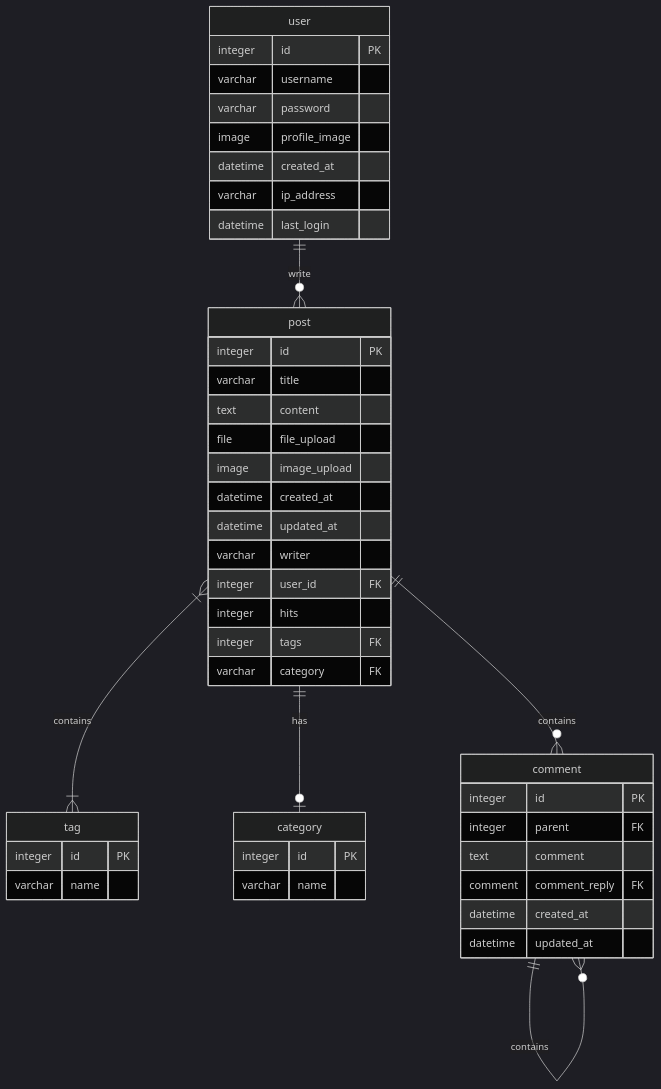
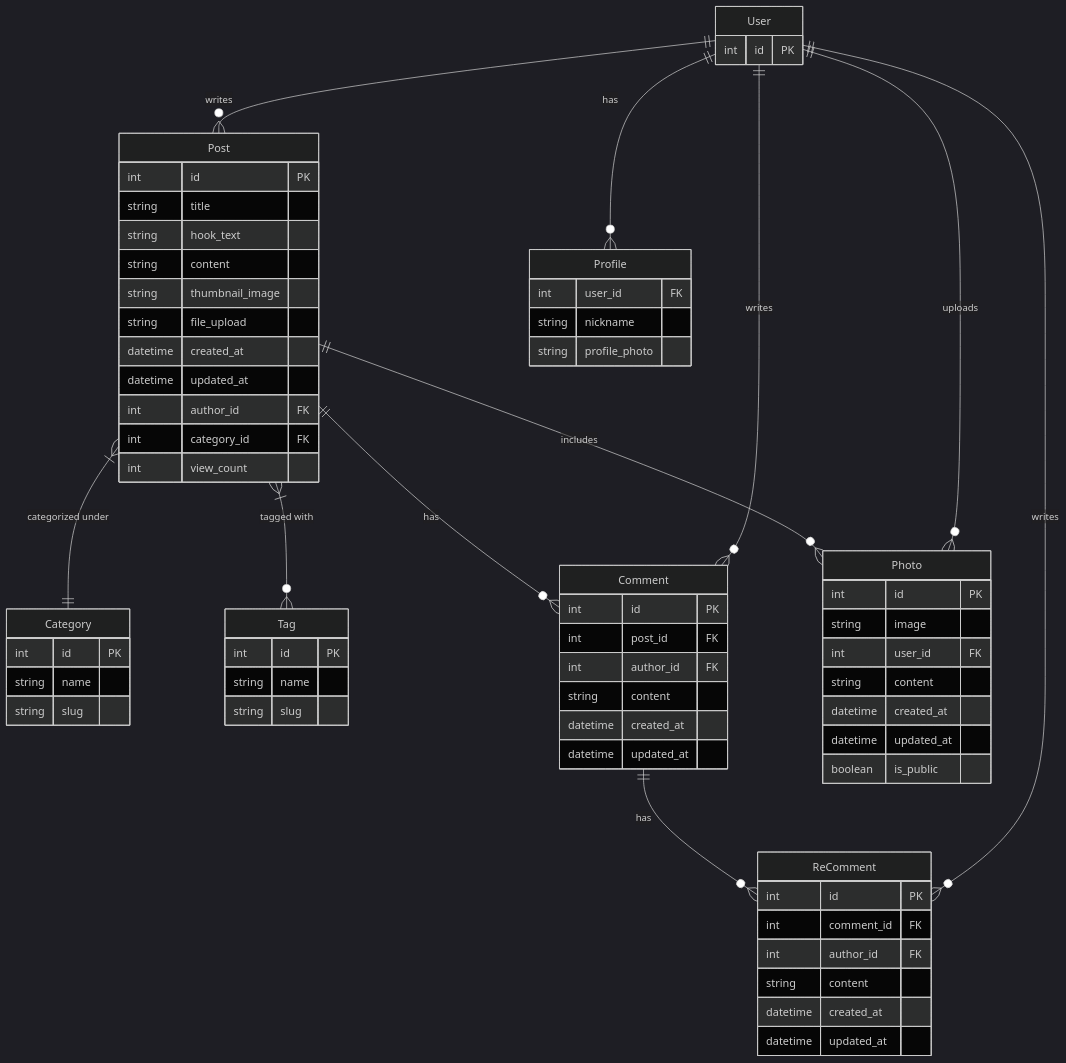
One commit to JoohyungDev/movie-review-blog changed the third of 3 diagrams in README.md. Above: the diagram before and after it, drawn with Mermaid (dark theme).

````diff
--- a/README.md
+++ b/README.md
@@ -355,50 +355,71 @@
 ```mermaid
 erDiagram
-    user ||--o{ post : write
-    user {
-      integer id PK
-      varchar username
-      varchar password
-      image profile_image
-      datetime created_at
-      varchar ip_address
-      datetime last_login
+    Category {
+        int id PK
+        string name
+        string slug
     }
-    post }|--|{ tag : contains
-    post ||--o| category : has
-    post {
-      integer id PK
-      varchar title
-      text content
-      file file_upload
-      image image_upload
-      datetime created_at
-      datetime updated_at
-      varchar writer
-      integer user_id FK
-      integer hits
-      integer tags FK
-      varchar category FK
+    Tag {
+        int id PK
+        string name
+        string slug
     }
-    post ||--o{ comment : contains
-    comment ||--o{ comment : contains
-    comment {
-      integer id PK
-      integer parent FK
-      text comment
-      comment comment_reply FK
-      datetime created_at
-      datetime updated_at
+    Post {
+        int id PK
+        string title
+        string hook_text
+        string content
+        string thumbnail_image
+        string file_upload
+        datetime created_at
+        datetime updated_at
+        int author_id FK
+        int category_id FK
+        int view_count
     }
-    
-    tag {
-      integer id PK
-      varchar name
+    User {
+        int id PK
     }
-    
-    
-    category {
-      integer id PK
-      varchar name
+    Comment {
+        int id PK
+        int post_id FK
+        int author_id FK
+        string content
+        datetime created_at
+        datetime updated_at
     }
+    Profile {
+        int user_id FK
+        string nickname
+        string profile_photo
+    }
+    Photo {
+        int id PK
+        string image
+        int user_id FK
+        string content
+        datetime created_at
+        datetime updated_at
+        boolean is_public
+    }
+    ReComment {
+        int id PK
+        int comment_id FK
+        int author_id FK
+        string content
+        datetime created_at
+        datetime updated_at
+    }
+
+    User ||--o{ Post : "writes"
+    User ||--o{ Comment : "writes"
+    User ||--o{ Profile : "has"
+    User ||--o{ Photo : "uploads"
+    User ||--o{ ReComment : "writes"
+    Post ||--o{ Comment : "has"
+    Comment ||--o{ ReComment : "has"
+    Post }|--|| Category : "categorized under"
+    Post }|--o{ Tag : "tagged with"
+    Post ||--o{ Photo : "includes"
+
 ```
````
